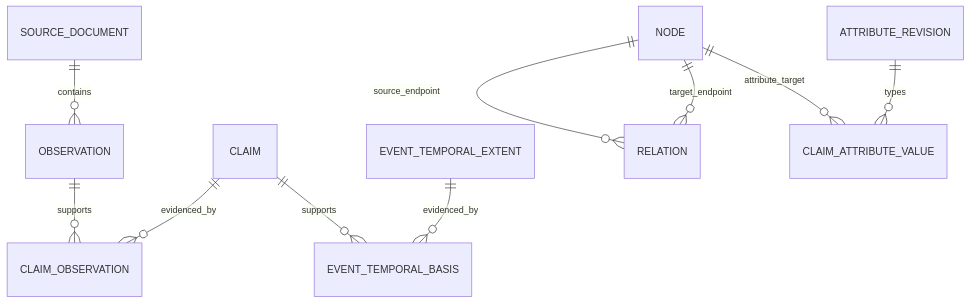
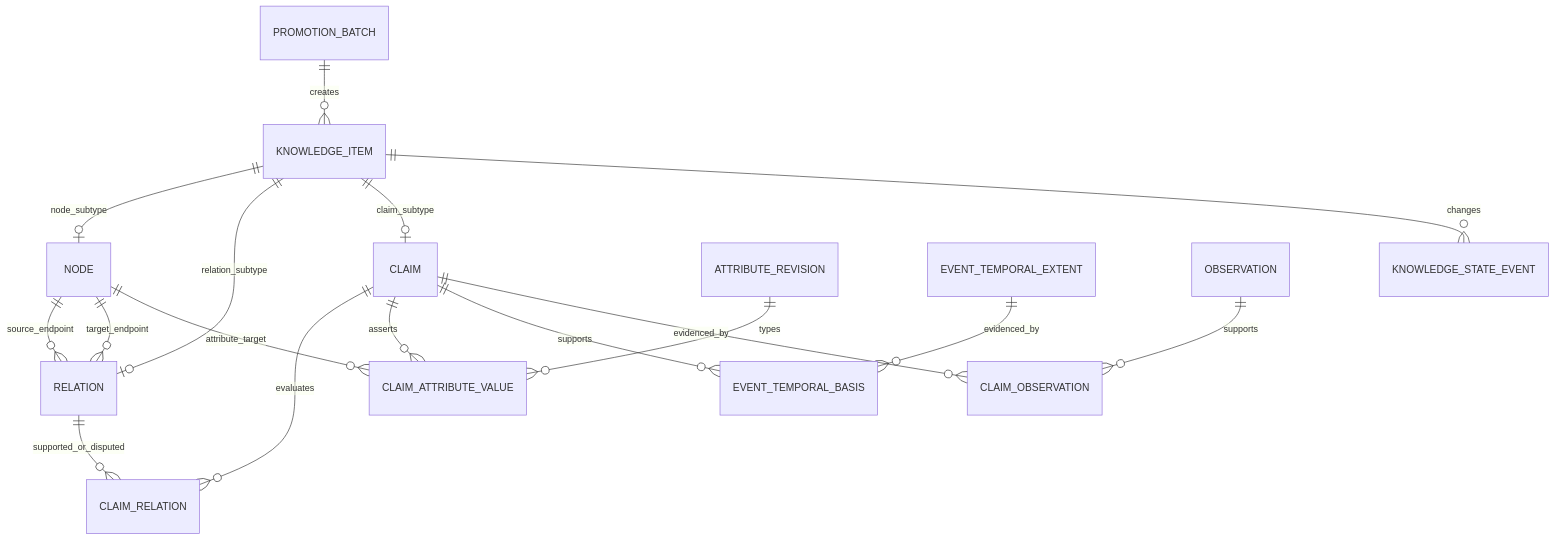
Before and after one commit to studylida/ontology-map: the fourth of 5 diagrams in logical-data-schema.md, drawn with Mermaid. The commit also changed other lines of this file, not shown here.

````diff
--- a/logical-data-schema.md
+++ b/logical-data-schema.md
@@ -185,12 +89,19 @@
 ```mermaid
 erDiagram
-    SOURCE_DOCUMENT ||--o{ OBSERVATION : contains
+    PROMOTION_BATCH ||--o{ KNOWLEDGE_ITEM : creates
+    KNOWLEDGE_ITEM ||--o| NODE : node_subtype
+    KNOWLEDGE_ITEM ||--o| RELATION : relation_subtype
+    KNOWLEDGE_ITEM ||--o| CLAIM : claim_subtype
+    KNOWLEDGE_ITEM ||--o{ KNOWLEDGE_STATE_EVENT : changes
+    NODE ||--o{ RELATION : source_endpoint
+    NODE ||--o{ RELATION : target_endpoint
+    CLAIM ||--o{ CLAIM_RELATION : evaluates
+    RELATION ||--o{ CLAIM_RELATION : supported_or_disputed
+    CLAIM ||--o{ CLAIM_ATTRIBUTE_VALUE : asserts
+    NODE ||--o{ CLAIM_ATTRIBUTE_VALUE : attribute_target
+    ATTRIBUTE_REVISION ||--o{ CLAIM_ATTRIBUTE_VALUE : types
+    CLAIM ||--o{ EVENT_TEMPORAL_BASIS : supports
+    EVENT_TEMPORAL_EXTENT ||--o{ EVENT_TEMPORAL_BASIS : evidenced_by
     CLAIM ||--o{ CLAIM_OBSERVATION : evidenced_by
     OBSERVATION ||--o{ CLAIM_OBSERVATION : supports
-    CLAIM ||--o{ EVENT_TEMPORAL_BASIS : supports
-    EVENT_TEMPORAL_EXTENT ||--o{ EVENT_TEMPORAL_BASIS : evidenced_by
-    NODE ||--o{ RELATION : source_endpoint
-    NODE ||--o{ RELATION : target_endpoint
-    NODE ||--o{ CLAIM_ATTRIBUTE_VALUE : attribute_target
-    ATTRIBUTE_REVISION ||--o{ CLAIM_ATTRIBUTE_VALUE : types
 ```
````
